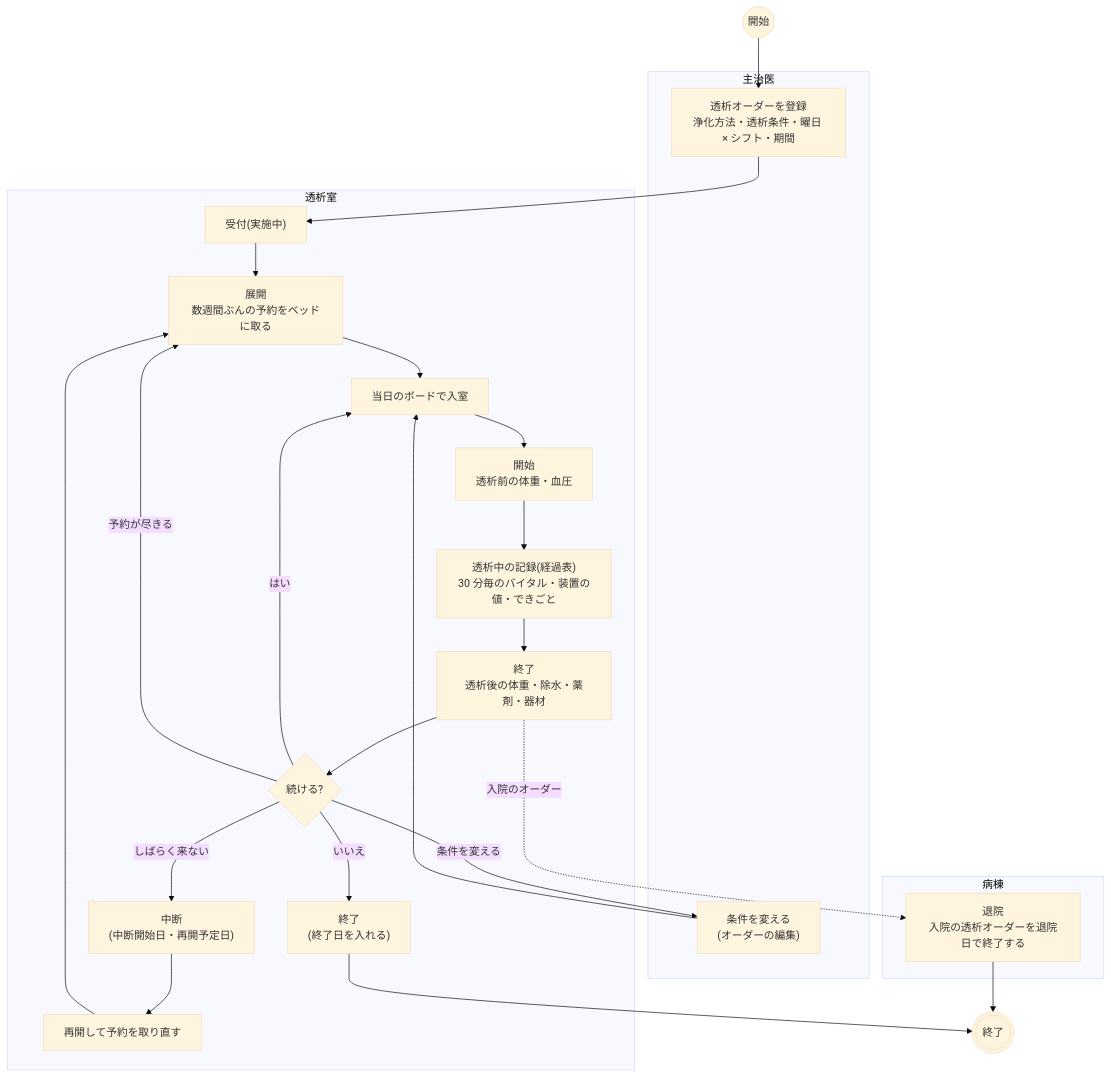
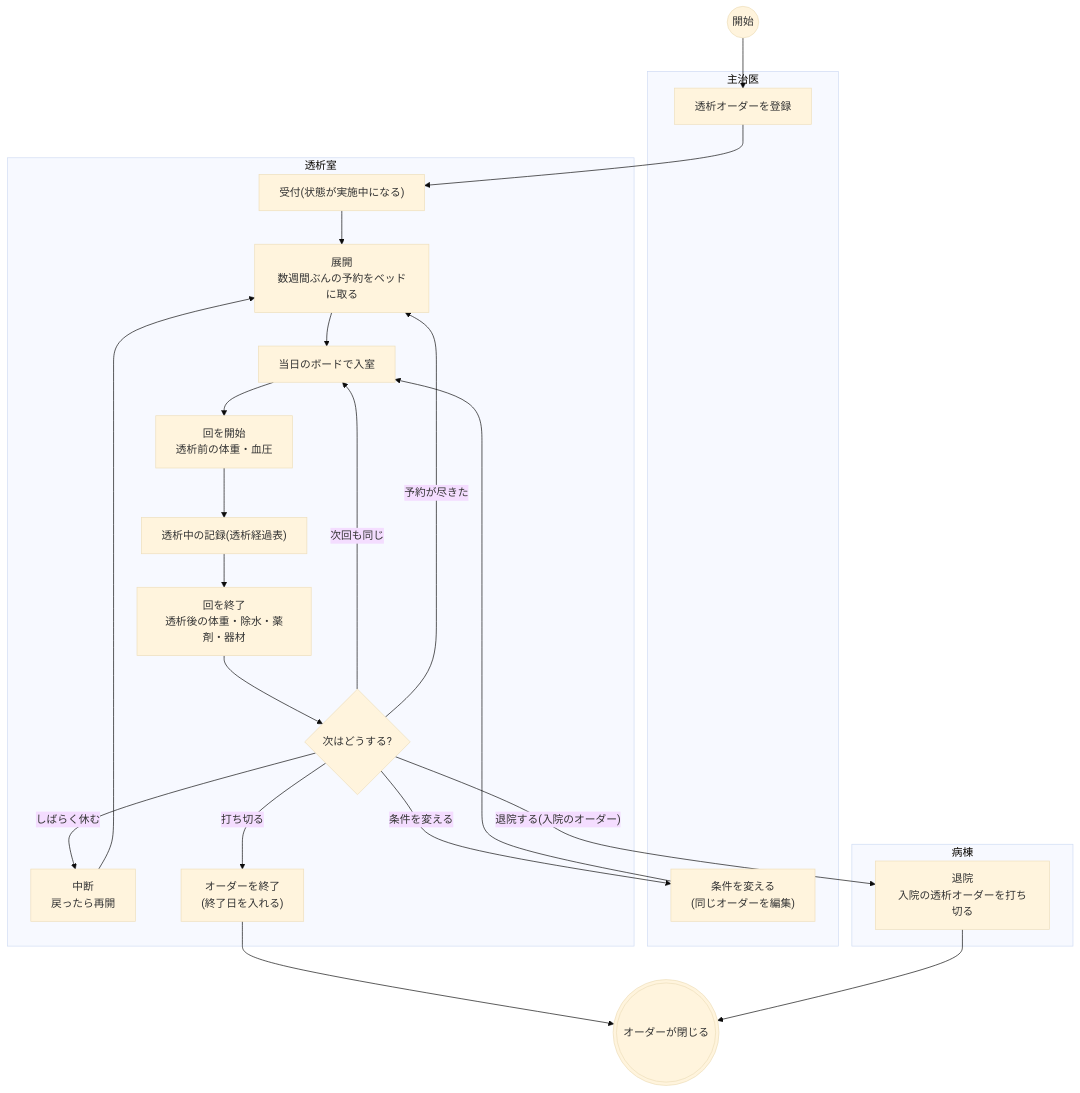
The first of 5 diagrams in docs/flows/dialysis.md (ysnr-dev/fhir-client-docs), drawn with Mermaid (base theme) before and after one commit. The commit also changed other lines of this file and 43 other files, not shown here.

Commit message:
docs: 業務フローとシーケンス図を写し直し

````diff
--- a/docs/flows/dialysis.md
+++ b/docs/flows/dialysis.md
@@ -57,35 +13,34 @@
 ```mermaid
 flowchart TD
   start(("開始"))
-  finish((("終了")))
+  finish((("オーダーが閉じる")))
 
   subgraph doctor["主治医"]
-    order["透析オーダーを登録<br/>浄化方法・透析条件・曜日 × シフト・期間"]
-    edit["条件を変える<br/>(オーダーの編集)"]
+    order["透析オーダーを登録"]
+    edit["条件を変える<br/>(同じオーダーを編集)"]
   end
 
   subgraph dept["透析室"]
-    accept["受付(実施中)"]
+    accept["受付(状態が実施中になる)"]
     expand["展開<br/>数週間ぶんの予約をベッドに取る"]
     arrive["当日のボードで入室"]
-    begin["開始<br/>透析前の体重・血圧"]
-    chart["透析中の記録(経過表)<br/>30 分毎のバイタル・装置の値・できごと"]
-    end_["終了<br/>透析後の体重・除水・薬剤・器材"]
-    more{"続ける?"}
-    hold["中断<br/>(中断開始日・再開予定日)"]
-    resume["再開して予約を取り直す"]
-    close["終了<br/>(終了日を入れる)"]
+    begin["回を開始<br/>透析前の体重・血圧"]
+    chart["透析中の記録(透析経過表)"]
+    end_["回を終了<br/>透析後の体重・除水・薬剤・器材"]
+    more{"次はどうする?"}
+    hold["中断<br/>戻ったら再開"]
+    close["オーダーを終了<br/>(終了日を入れる)"]
   end
 
   subgraph ward["病棟"]
-    discharge["退院<br/>入院の透析オーダーを退院日で終了する"]
+    discharge["退院<br/>入院の透析オーダーを打ち切る"]
   end
 
   start --> order --> accept --> expand --> arrive --> begin --> chart --> end_ --> more
-  more -- "はい" --> arrive
-  more -- "予約が尽きる" --> expand
+  more -- "次回も同じ" --> arrive
+  more -- "予約が尽きた" --> expand
   more -- "条件を変える" --> edit --> arrive
-  more -- "しばらく来ない" --> hold --> resume --> expand
-  more -- "いいえ" --> close --> finish
-  end_ -. "入院のオーダー" .-> discharge --> finish
+  more -- "しばらく休む" --> hold --> expand
+  more -- "打ち切る" --> close --> finish
+  more -- "退院する(入院のオーダー)" --> discharge --> finish
 ```
````
